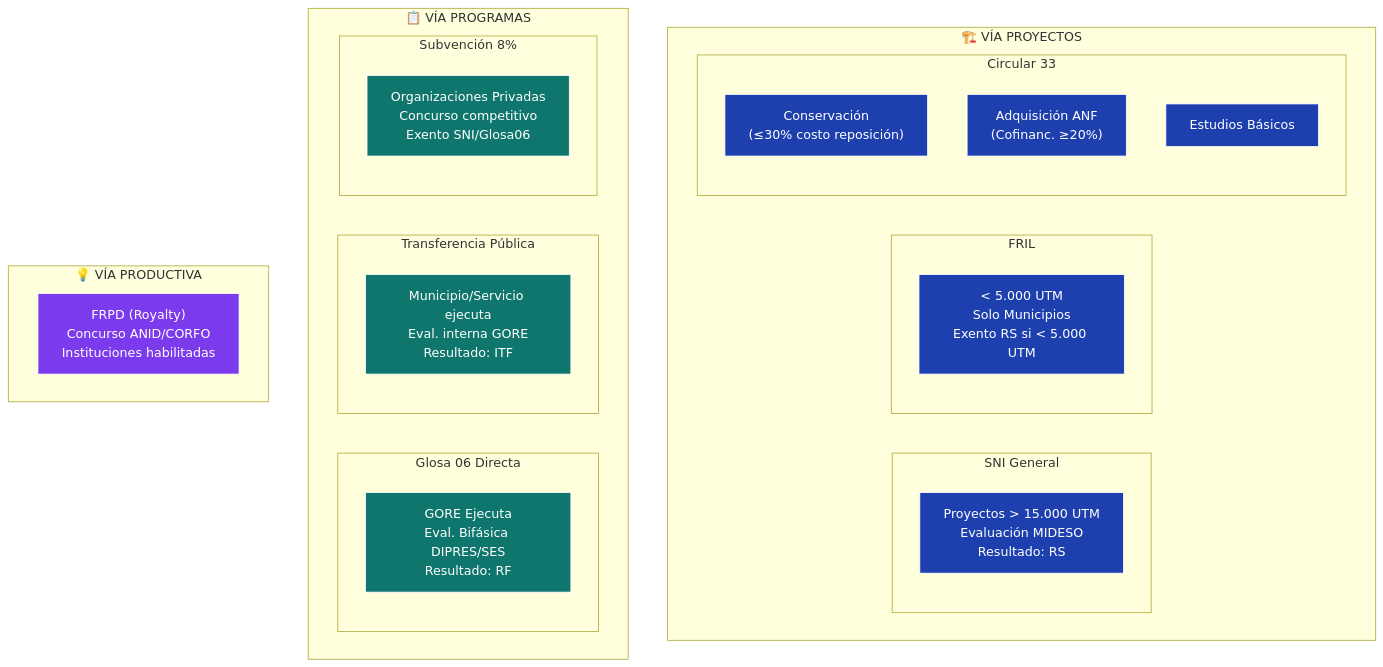
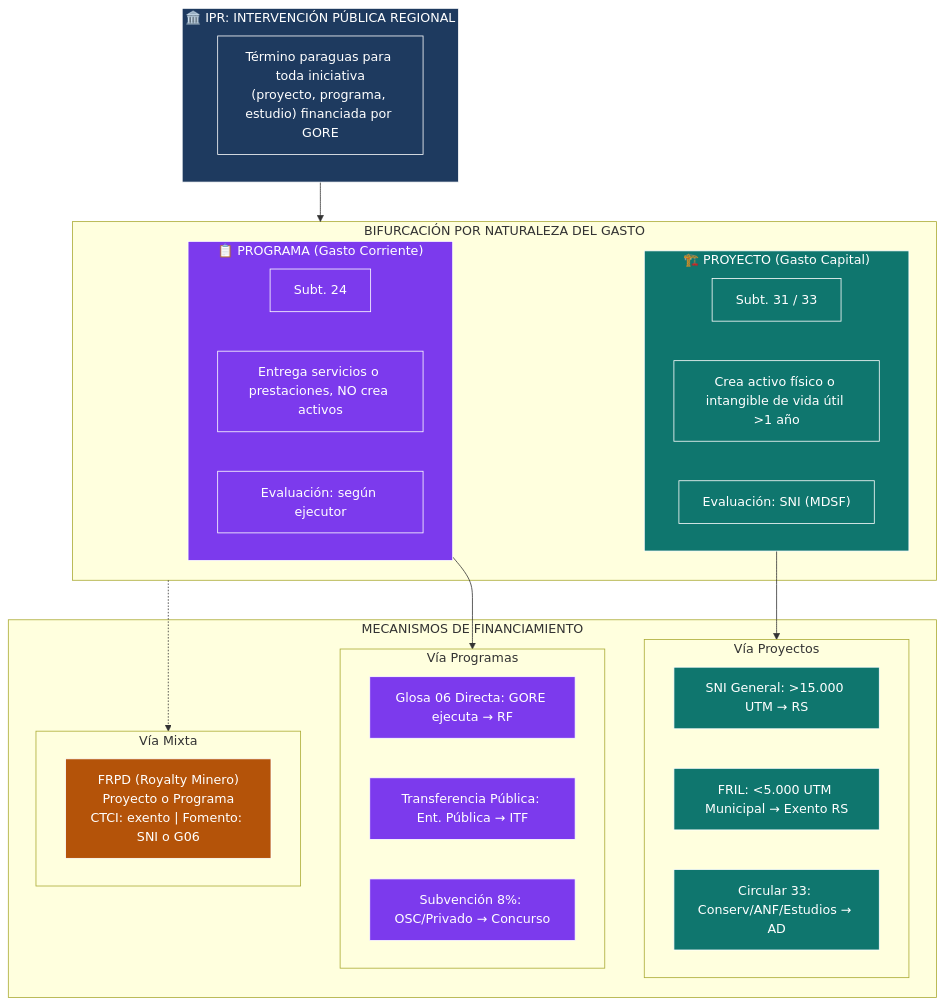
The seventh of 26 diagrams in knowledge/domains/gn/models/omega_gore_nuble_mermaid.md (felix-antonio-sl/gorenuble), drawn with Mermaid before and after one commit. The commit also changed other lines of this file and 2 other files, not shown here.

Commit message:
docs: Update GORE Ñuble model with territorial ficha, organizational structure refinements, and legal restrictions.

````diff
--- a/knowledge/domains/gn/models/omega_gore_nuble_mermaid.md
+++ b/knowledge/domains/gn/models/omega_gore_nuble_mermaid.md
@@ -790,44 +707,53 @@
 ```mermaid
 flowchart TB
-    subgraph PROYECTOS["🏗️ VÍA PROYECTOS"]
-        subgraph SNI["SNI General"]
-            SNI_DESC["Proyectos > 15.000 UTM<br/>Evaluación MIDESO<br/>Resultado: RS"]
+    subgraph IPR["🏛️ IPR: INTERVENCIÓN PÚBLICA REGIONAL"]
+        DEF["Término paraguas para toda iniciativa<br/>(proyecto, programa, estudio) financiada por GORE"]
+    end
+    
+    subgraph TIPOS["BIFURCACIÓN POR NATURALEZA DEL GASTO"]
+        subgraph PROYECTO["🏗️ PROYECTO (Gasto Capital)"]
+            P_NAT["Subt. 31 / 33"]
+            P_CARACT["Crea activo físico o intangible de vida útil >1 año"]
+            P_EVAL["Evaluación: SNI (MDSF)"]
         end
         
-        subgraph FRIL_BOX["FRIL"]
-            FRIL_DESC["< 5.000 UTM<br/>Solo Municipios<br/>Exento RS si < 5.000 UTM"]
-        end
-        
-        subgraph C33["Circular 33"]
-            C33_CONS["Conservación<br/>(≤30% costo reposición)"]
-            C33_ANF["Adquisición ANF<br/>(Cofinanc. ≥20%)"]
-            C33_EST["Estudios Básicos"]
+        subgraph PROGRAMA["📋 PROGRAMA (Gasto Corriente)"]
+            PR_NAT["Subt. 24"]
+            PR_CARACT["Entrega servicios o prestaciones, NO crea activos"]
+            PR_EVAL["Evaluación: según ejecutor"]
         end
     end
     
-    subgraph PROGRAMAS["📋 VÍA PROGRAMAS"]
-        subgraph G06["Glosa 06 Directa"]
-            G06_DESC["GORE Ejecuta<br/>Eval. Bifásica DIPRES/SES<br/>Resultado: RF"]
+    subgraph MECANISMOS["MECANISMOS DE FINANCIAMIENTO"]
+        subgraph MEC_PROY["Vía Proyectos"]
+            SNI["SNI General: >15.000 UTM → RS"]
+            FRIL["FRIL: <5.000 UTM Municipal → Exento RS"]
+            C33["Circular 33: Conserv/ANF/Estudios → AD"]
         end
         
-        subgraph TRANSF["Transferencia Pública"]
-            TRANSF_DESC["Municipio/Servicio ejecuta<br/>Eval. interna GORE<br/>Resultado: ITF"]
+        subgraph MEC_PROG["Vía Programas"]
+            G06["Glosa 06 Directa: GORE ejecuta → RF"]
+            TRANSF["Transferencia Pública: Ent. Pública → ITF"]
+            SUB8["Subvención 8%: OSC/Privado → Concurso"]
         end
         
-        subgraph SUB8["Subvención 8%"]
-            SUB8_DESC["Organizaciones Privadas<br/>Concurso competitivo<br/>Exento SNI/Glosa06"]
+        subgraph MEC_MIX["Vía Mixta"]
+            FRPD["FRPD (Royalty Minero)<br/>Proyecto o Programa<br/>CTCI: exento | Fomento: SNI o G06"]
         end
     end
     
-    subgraph PRODUCTIVO["💡 VÍA PRODUCTIVA"]
-        FRPD_DESC["FRPD (Royalty)<br/>Concurso ANID/CORFO<br/>Instituciones habilitadas"]
-    end
+    IPR --> TIPOS
+    PROYECTO --> MEC_PROY
+    PROGRAMA --> MEC_PROG
+    TIPOS -.-> MEC_MIX
     
-    classDef proyecto fill:#1e40af,stroke:#fff,color:#fff
-    classDef programa fill:#0f766e,stroke:#fff,color:#fff
-    classDef productivo fill:#7c3aed,stroke:#fff,color:#fff
+    classDef ipr fill:#1e3a5f,stroke:#fff,color:#fff
+    classDef proyecto fill:#0f766e,stroke:#fff,color:#fff
+    classDef programa fill:#7c3aed,stroke:#fff,color:#fff
+    classDef mixto fill:#b45309,stroke:#fff,color:#fff
     
-    class SNI_DESC,FRIL_DESC,C33_CONS,C33_ANF,C33_EST proyecto
-    class G06_DESC,TRANSF_DESC,SUB8_DESC programa
-    class FRPD_DESC productivo
+    class IPR,DEF ipr
+    class PROYECTO,P_NAT,P_CARACT,P_EVAL,SNI,FRIL,C33 proyecto
+    class PROGRAMA,PR_NAT,PR_CARACT,PR_EVAL,G06,TRANSF,SUB8 programa
+    class FRPD mixto
 ```
````
